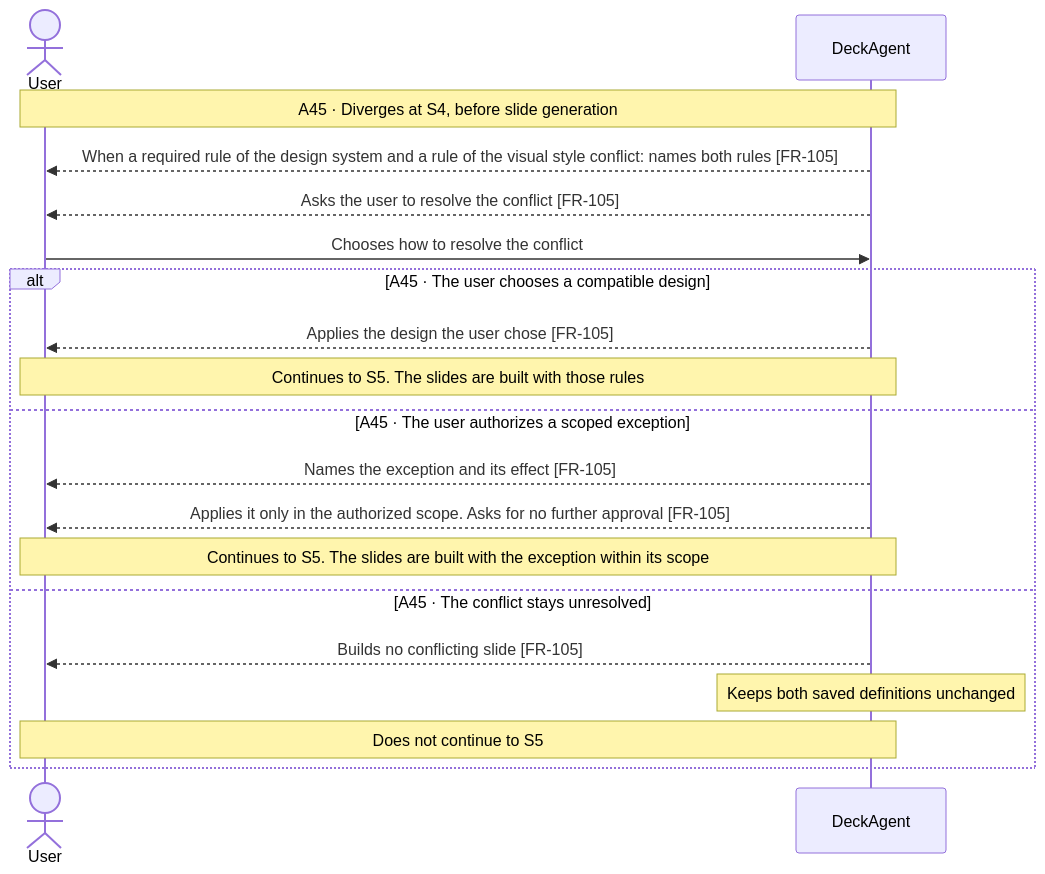
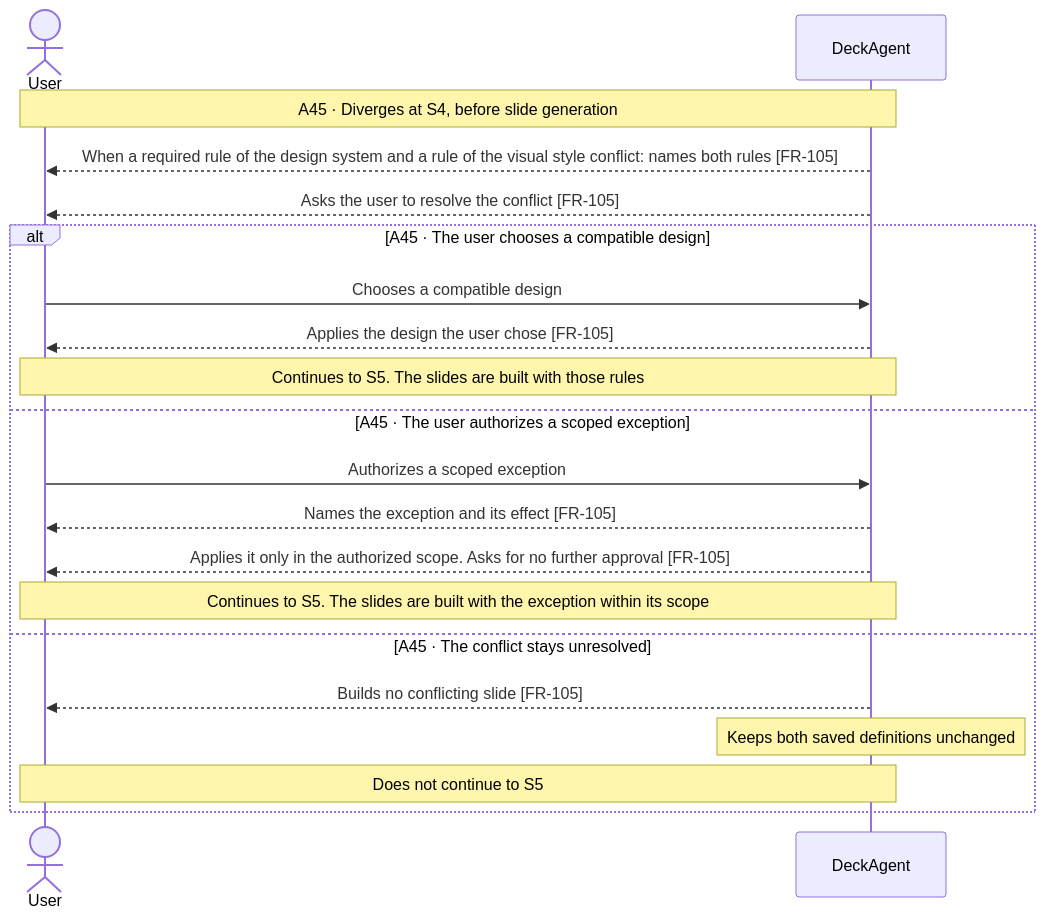
One commit to Luke23127006/DeckAgent changed diagram 26 of 27 in docs/spec/03-use-cases/UC-001.md. Above: the diagram before and after it, drawn with Mermaid. The commit also changed 1 other file, not shown here.

Commit message:
docs(spec): fix design conflict resolution flows

````diff
--- a/docs/spec/03-use-cases/UC-001.md
+++ b/docs/spec/03-use-cases/UC-001.md
@@ -432,21 +432,22 @@
 ```mermaid
 sequenceDiagram
     actor User
     participant DeckAgent
     Note over User,DeckAgent: A45 · Diverges at S4, before slide generation
     DeckAgent-->>User: When a required rule of the design system and a rule of the visual style conflict: names both rules [FR-105]
     DeckAgent-->>User: Asks the user to resolve the conflict [FR-105]
-    User->>DeckAgent: Chooses how to resolve the conflict
     alt A45 · The user chooses a compatible design
+        User->>DeckAgent: Chooses a compatible design
         DeckAgent-->>User: Applies the design the user chose [FR-105]
         Note over User,DeckAgent: Continues to S5. The slides are built with those rules
     else A45 · The user authorizes a scoped exception
+        User->>DeckAgent: Authorizes a scoped exception
         DeckAgent-->>User: Names the exception and its effect [FR-105]
         DeckAgent-->>User: Applies it only in the authorized scope. Asks for no further approval [FR-105]
         Note over User,DeckAgent: Continues to S5. The slides are built with the exception within its scope
     else A45 · The conflict stays unresolved
         DeckAgent-->>User: Builds no conflicting slide [FR-105]
         note over DeckAgent: Keeps both saved definitions unchanged
         Note over User,DeckAgent: Does not continue to S5
     end
 ```
````
